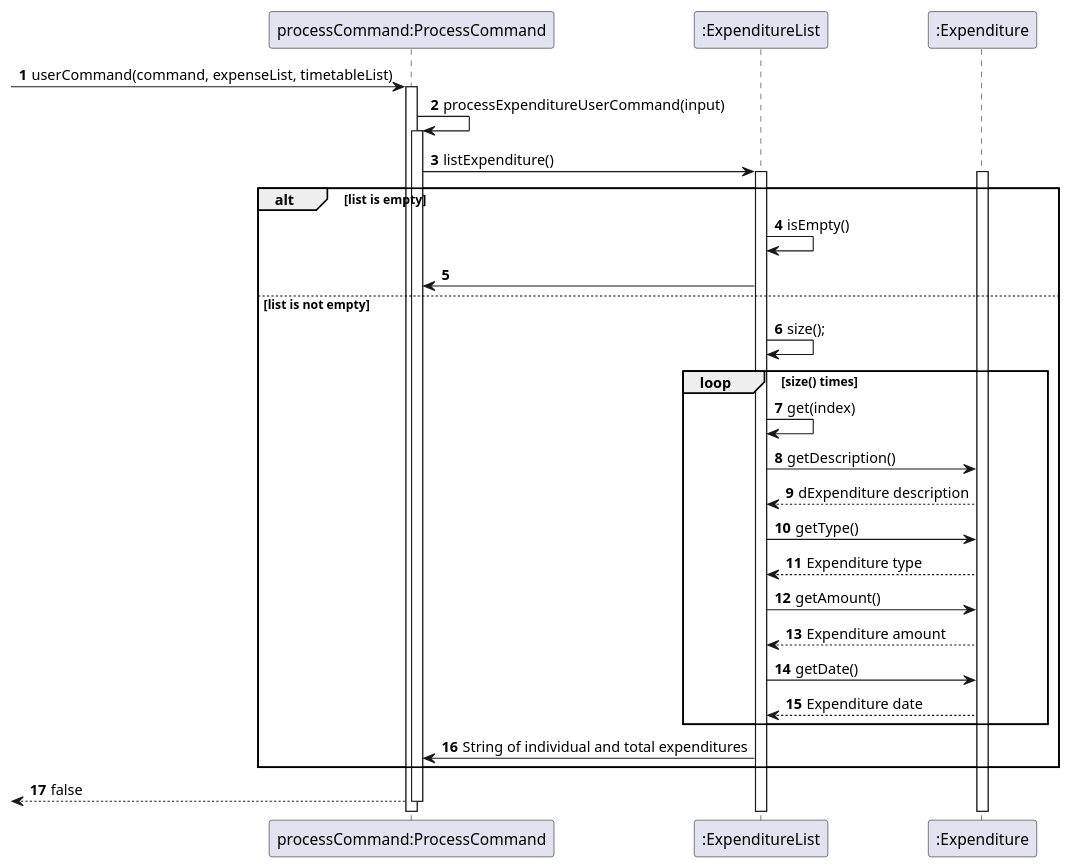
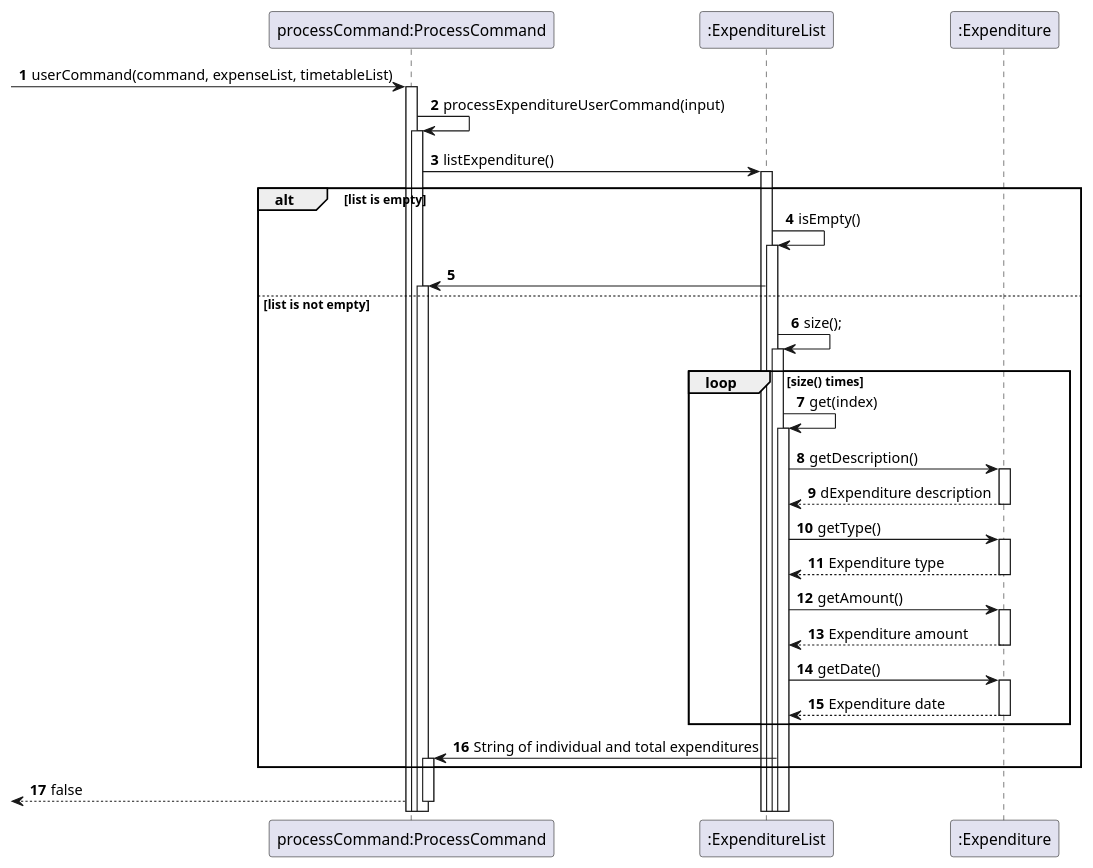
The diagram in docs/diagrams/sequencediagram/ListExpenditure.puml (nyh3/tp), drawn with PlantUML before and after one commit. The commit also changed 3 other files, not shown here.

Commit message:
updated sequence diagrams

```diff
--- a/docs/diagrams/sequencediagram/ListExpenditure.puml
+++ b/docs/diagrams/sequencediagram/ListExpenditure.puml
@@ -1,45 +1,43 @@
 @startuml
 'https://plantuml.com/sequence-diagram
 
-autonumber
 
 autonumber
+autoactivate on
 participant "processCommand:ProcessCommand" as processCommand
 participant ":ExpenditureList" as expenditureList
 participant ":Expenditure" as expenditure
 
 [-> processCommand: userCommand(command, expenseList, timetableList)
-activate processCommand
+
 
 processCommand -> processCommand: processExpenditureUserCommand(input)
-activate processCommand
+
 
 processCommand -> expenditureList: listExpenditure()
-activate expenditureList
-activate expenditure
 
 alt list is empty
     expenditureList -> expenditureList: isEmpty()
     processCommand <- expenditureList
 else list is not empty
     expenditureList -> expenditureList: size();
     loop size() times
     expenditureList -> expenditureList: get(index)
     expenditureList -> expenditure: getDescription()
     expenditureList <-- expenditure: dExpenditure description
     expenditureList -> expenditure: getType()
     expenditureList <-- expenditure: Expenditure type
     expenditureList -> expenditure: getAmount()
     expenditureList <-- expenditure: Expenditure amount
     expenditureList -> expenditure: getDate()
     expenditureList <-- expenditure: Expenditure date
     end
     processCommand <- expenditureList: String of individual and total expenditures
 end
 
 
 
 [<-- processCommand: false
-deactivate processCommand
+
 
 @enduml
```
